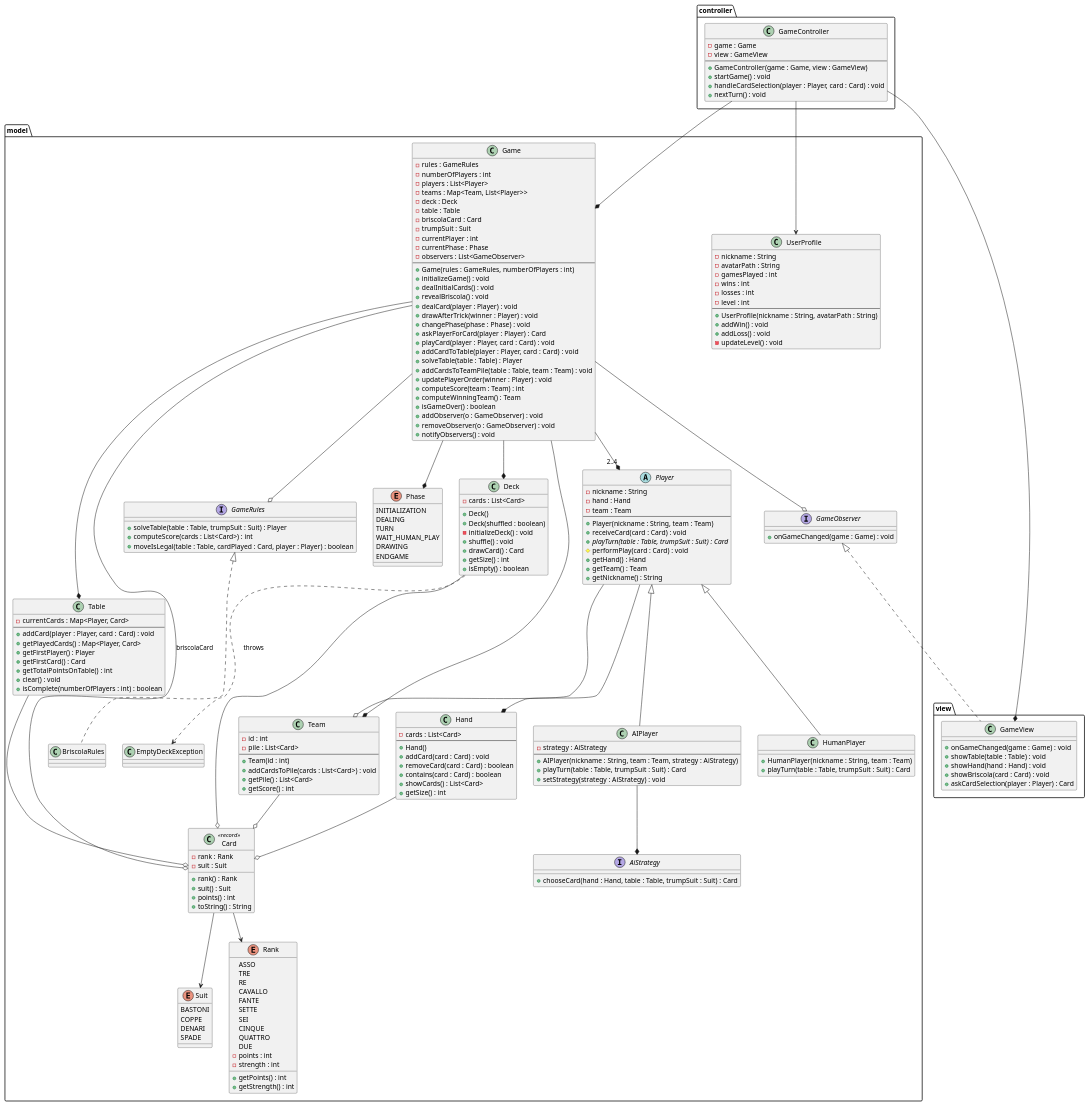
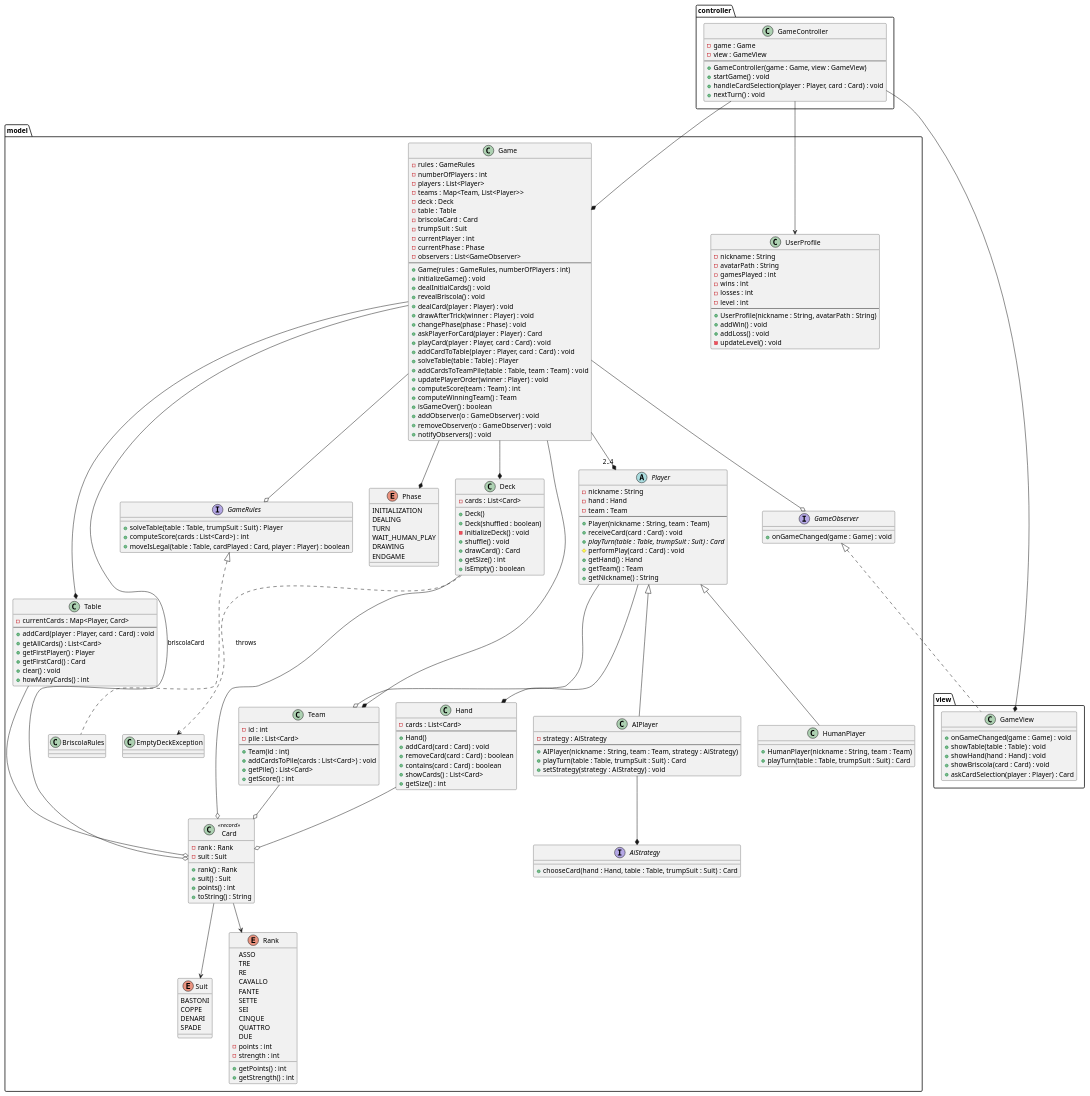
One commit to edodicosimo/JBriscola changed the diagram in docs/briscola.puml. Above: the diagram before and after it, drawn with PlantUML. The commit also changed 1 other file, not shown here.

```diff
--- a/docs/briscola.puml
+++ b/docs/briscola.puml
@@ -114,12 +114,11 @@
         - currentCards : Map<Player, Card>
         --
         + addCard(player : Player, card : Card) : void
-        + getPlayedCards() : Map<Player, Card>
+        + getAllCards() : List<Card>
         + getFirstPlayer() : Player
         + getFirstCard() : Card
-        + getTotalPointsOnTable() : int
         + clear() : void
-        + isComplete(numberOfPlayers : int) : boolean
+        + howManyCards() : int
     }
 
     class Team {
```
